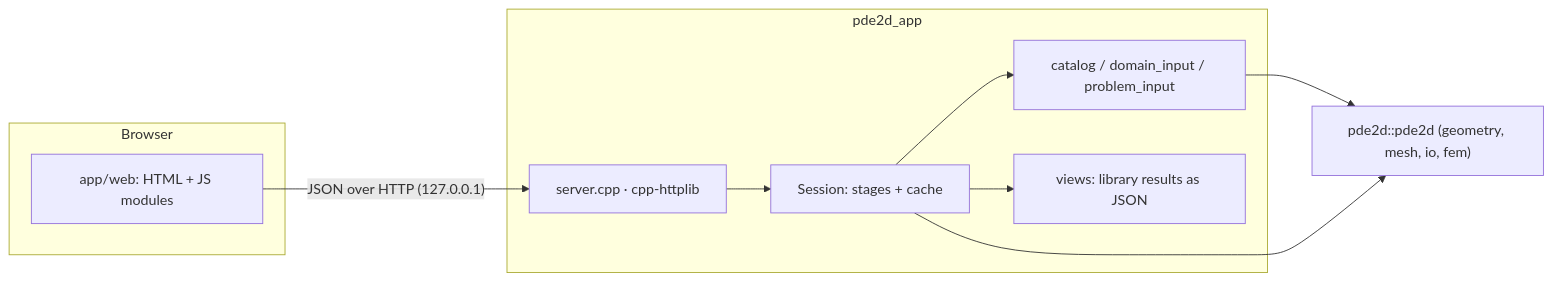
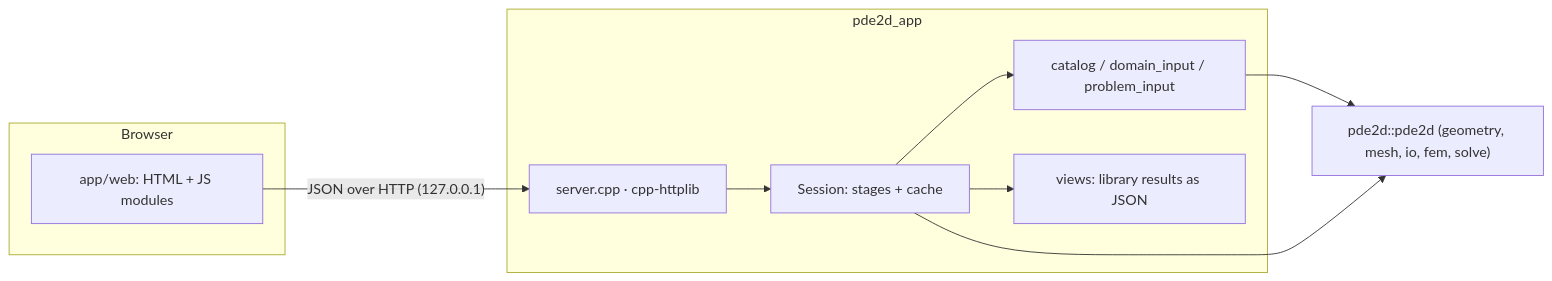
The diagram in docs/app.md (dmglushko/2d-pde), drawn with Mermaid before and after one commit. The commit also changed other lines of this file and 28 other files, not shown here.

First line of the commit message:
Add the Solve step: static solves and time integration from pde2d_solve

````diff
--- a/docs/app.md
+++ b/docs/app.md
@@ -15,20 +15,20 @@
 ```mermaid
 flowchart LR
     subgraph Browser
         PAGE["app/web: HTML + JS modules"]
     end
     subgraph pde2d_app
         SERVER["server.cpp · cpp-httplib"]
         SESSION["Session: stages + cache"]
         INPUT["catalog / domain_input / problem_input"]
         VIEWS["views: library results as JSON"]
     end
-    LIB["pde2d::pde2d (geometry, mesh, io, fem)"]
+    LIB["pde2d::pde2d (geometry, mesh, io, fem, solve)"]
 
     PAGE -- "JSON over HTTP (127.0.0.1)" --> SERVER
     SERVER --> SESSION
     SESSION --> INPUT
     SESSION --> VIEWS
     INPUT --> LIB
     SESSION --> LIB
 ```
````
